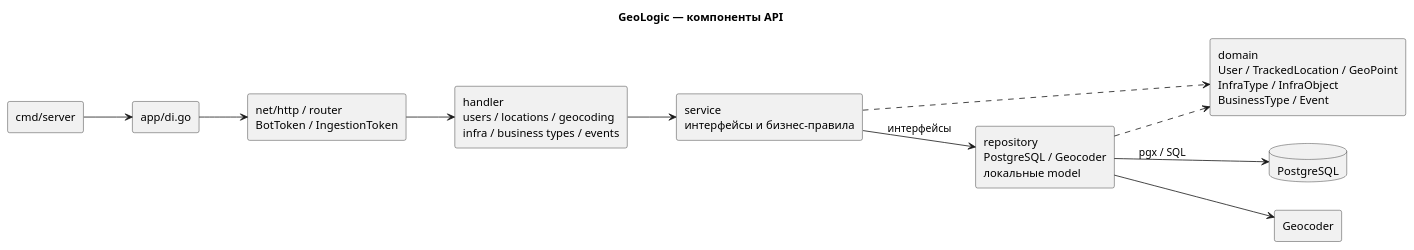
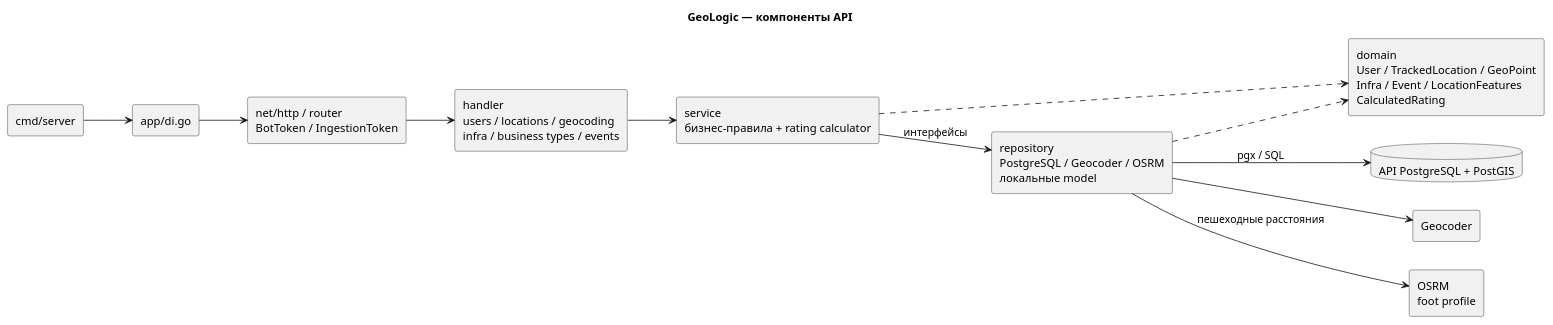
The diagram in docs/diagrams/src/c4-components.puml (kotafan1rich/GeoLogic-Monitor), drawn with PlantUML before and after one commit. The commit also changed 16 other files, not shown here.

```diff
--- a/docs/diagrams/src/c4-components.puml
+++ b/docs/diagrams/src/c4-components.puml
@@ -1,24 +1,26 @@
 @startuml c4-components
 title GeoLogic — компоненты API
 left to right direction
 skinparam componentStyle rectangle
 skinparam shadowing false
 rectangle "cmd/server" as main
 rectangle "app/di.go" as di
 rectangle "net/http / router\nBotToken / IngestionToken" as server
 rectangle "handler\nusers / locations / geocoding\ninfra / business types / events" as handler
-rectangle "service\nинтерфейсы и бизнес-правила" as service
-rectangle "repository\nPostgreSQL / Geocoder\nлокальные model" as repo
-rectangle "domain\nUser / TrackedLocation / GeoPoint\nInfraType / InfraObject\nBusinessType / Event" as domain
-database PostgreSQL as db
+rectangle "service\nбизнес-правила + rating calculator" as service
+rectangle "repository\nPostgreSQL / Geocoder / OSRM\nлокальные model" as repo
+rectangle "domain\nUser / TrackedLocation / GeoPoint\nInfra / Event / LocationFeatures\nCalculatedRating" as domain
+database "API PostgreSQL + PostGIS" as db
 rectangle Geocoder as geo
+rectangle "OSRM\nfoot profile" as osrm
 main --> di
 di --> server
 server --> handler
 handler --> service
 service --> repo : интерфейсы
 service ..> domain
 repo ..> domain
 repo --> db : pgx / SQL
 repo --> geo
+repo --> osrm : пешеходные расстояния
 @enduml
```
